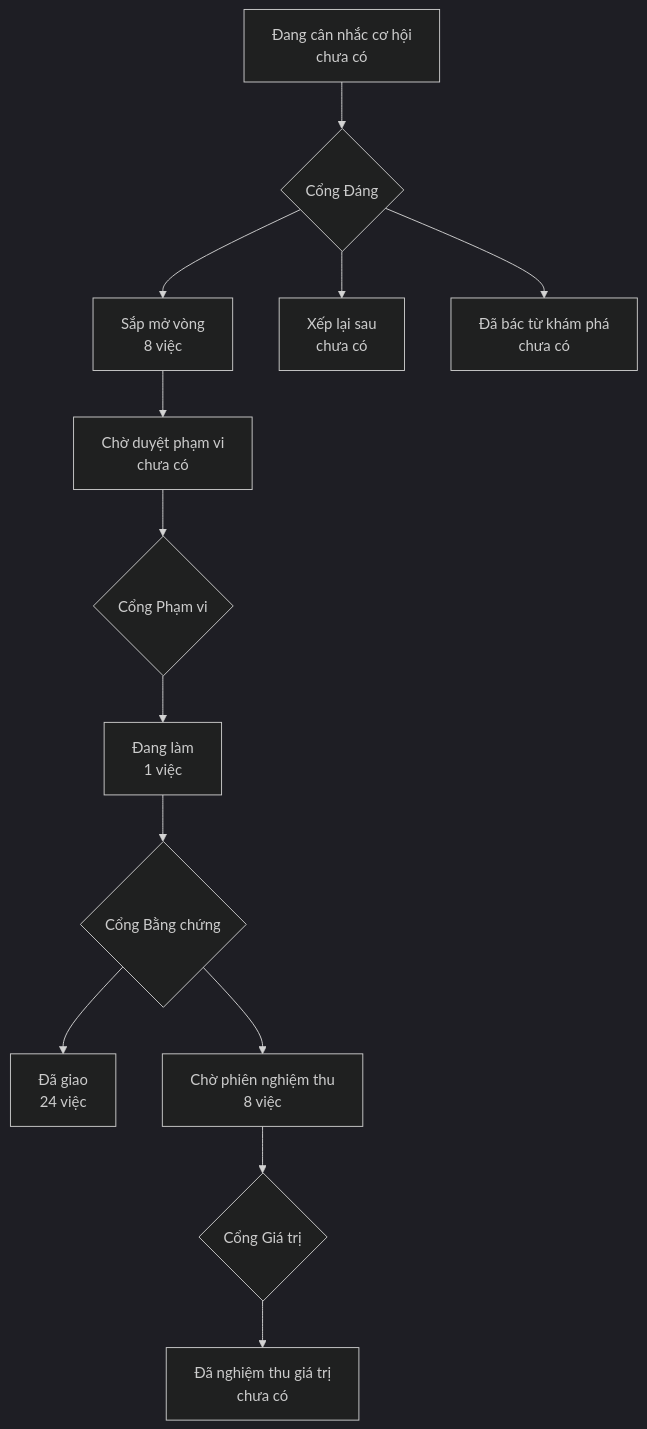
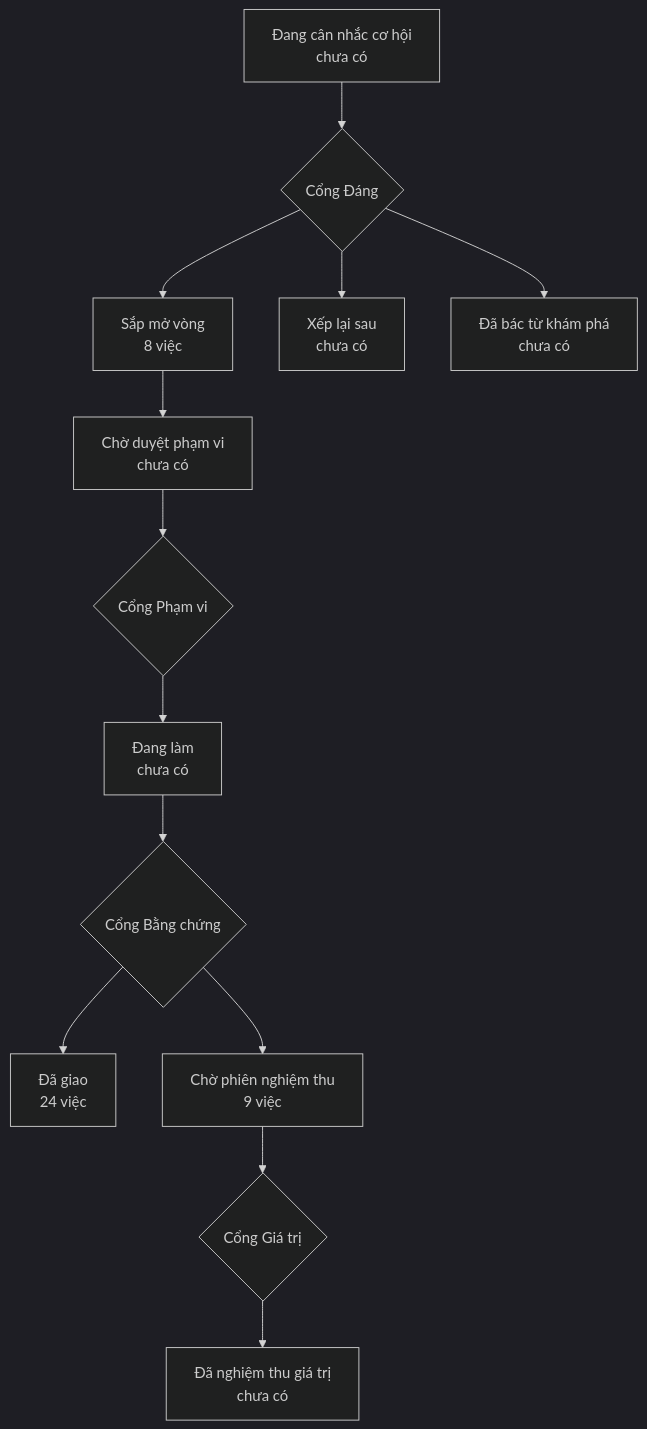
One commit to phanlemanh/onehub-invest changed the diagram in PRODUCT-MAP.md. Above: the diagram before and after it, drawn with Mermaid (dark theme). The commit also changed other lines of this file and 4 other files, not shown here.

````diff
--- a/PRODUCT-MAP.md
+++ b/PRODUCT-MAP.md
@@ -7,12 +7,12 @@
 ```mermaid
 flowchart TD
   A["Đang cân nhắc cơ hội<br/>chưa có"] --> GD{"Cổng Đáng"}
   GD --> B["Sắp mở vòng<br/>8 việc"]
   GD --> XL["Xếp lại sau<br/>chưa có"]
   GD --> DB["Đã bác từ khám phá<br/>chưa có"]
   B --> CD["Chờ duyệt phạm vi<br/>chưa có"] --> GP{"Cổng Phạm vi"}
-  GP --> DL["Đang làm<br/>1 việc"] --> GB{"Cổng Bằng chứng"}
+  GP --> DL["Đang làm<br/>chưa có"] --> GB{"Cổng Bằng chứng"}
   GB --> DG["Đã giao<br/>24 việc"]
-  GB --> CN["Chờ phiên nghiệm thu<br/>8 việc"] --> GG{"Cổng Giá trị"}
+  GB --> CN["Chờ phiên nghiệm thu<br/>9 việc"] --> GG{"Cổng Giá trị"}
   GG --> NT["Đã nghiệm thu giá trị<br/>chưa có"]
 ```
````
